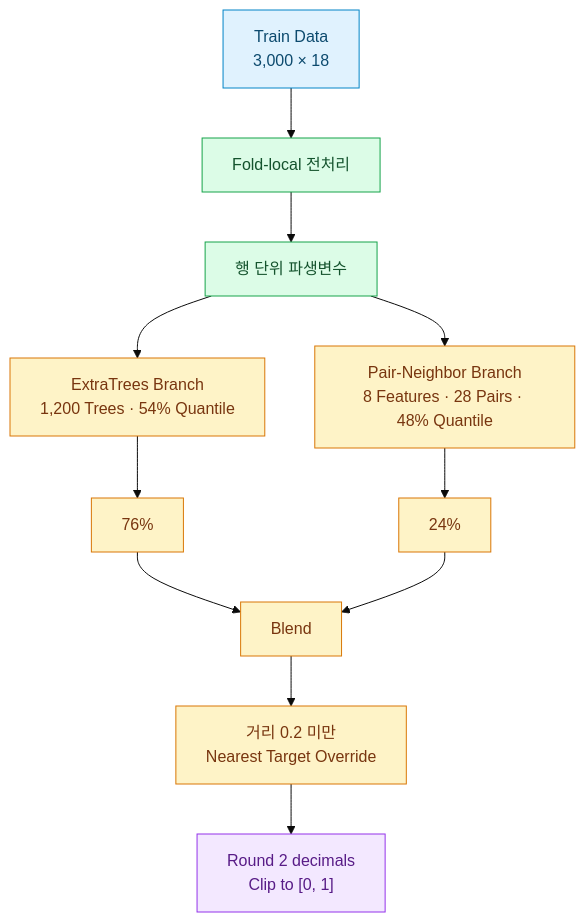
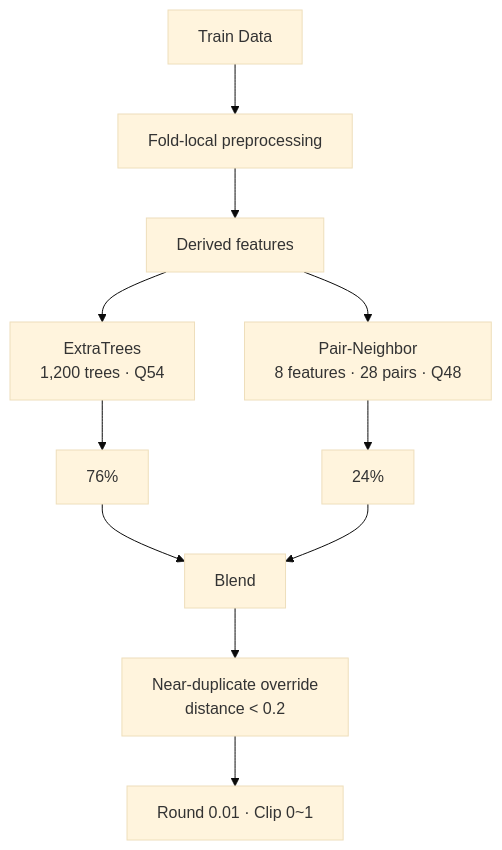
The diagram in README.md (thisisstress/stress_project_BS), drawn with Mermaid (base theme) before and after one commit. The commit also changed other lines of this file, not shown here.

Commit message:
docs: simplify final-model research readme

````diff
--- a/README.md
+++ b/README.md
@@ -68,23 +35,13 @@
 ```mermaid
 flowchart TB
-    A["Train Data<br/>3,000 × 18"] --> B["Fold-local 전처리"]
-    B --> C["행 단위 파생변수"]
-    C --> D["ExtraTrees Branch<br/>1,200 Trees · 54% Quantile"]
-    C --> E["Pair-Neighbor Branch<br/>8 Features · 28 Pairs · 48% Quantile"]
-    D --> F["76%"]
-    E --> G["24%"]
-    F --> H["Blend"]
+    A[Train Data] --> B[Fold-local preprocessing]
+    B --> C[Derived features]
+    C --> D[ExtraTrees<br/>1,200 trees · Q54]
+    C --> E[Pair-Neighbor<br/>8 features · 28 pairs · Q48]
+    D --> F[76%]
+    E --> G[24%]
+    F --> H[Blend]
     G --> H
-    H --> I["거리 0.2 미만<br/>Nearest Target Override"]
-    I --> J["Round 2 decimals<br/>Clip to [0, 1]"]
-
-    classDef input fill:#E0F2FE,stroke:#0284C7,color:#0C4A6E;
-    classDef process fill:#DCFCE7,stroke:#16A34A,color:#14532D;
-    classDef model fill:#FEF3C7,stroke:#D97706,color:#78350F;
-    classDef output fill:#F3E8FF,stroke:#9333EA,color:#581C87;
-
-    class A input;
-    class B,C process;
-    class D,E,F,G,H,I model;
-    class J output;
+    H --> I[Near-duplicate override<br/>distance < 0.2]
+    I --> J[Round 0.01 · Clip 0~1]
 ```
````
